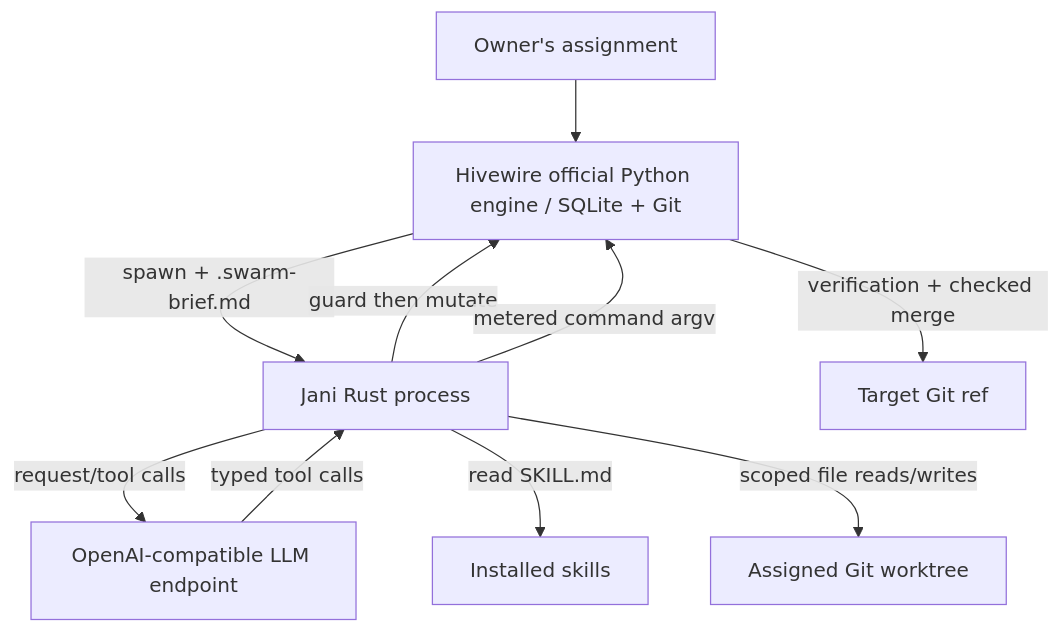
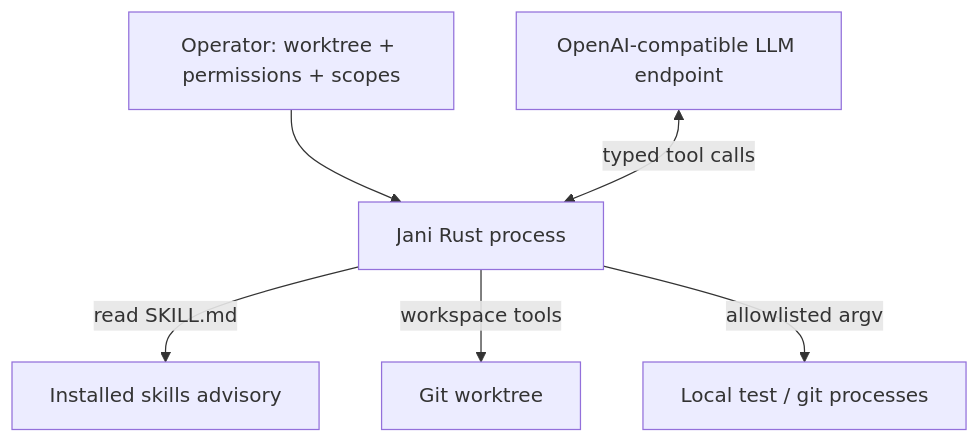
The diagram in docs/ARCHITECTURE.md (ifinsta/jani), drawn with Mermaid before and after one commit. The commit also changed other lines of this file and 16 other files, not shown here.

````diff
--- a/docs/ARCHITECTURE.md
+++ b/docs/ARCHITECTURE.md
@@ -3,12 +3,8 @@
 ```mermaid
 flowchart TB
-  Owner[Owner's assignment] --> Hivewire[Hivewire official Python engine / SQLite + Git]
-  Hivewire -->|spawn + .swarm-brief.md| Jani[Jani Rust process]
-  Jani -->|request/tool calls| Provider[OpenAI-compatible LLM endpoint]
-  Provider -->|typed tool calls| Jani
-  Jani -->|read SKILL.md| Skills[Installed skills]
-  Jani -->|guard then mutate| Hivewire
-  Jani -->|scoped file reads/writes| Worktree[Assigned Git worktree]
-  Jani -->|metered command argv| Hivewire
-  Hivewire -->|verification + checked merge| Git[Target Git ref]
+  Operator[Operator: worktree + permissions + scopes] --> Jani[Jani Rust process]
+  Provider[OpenAI-compatible LLM endpoint] <-->|typed tool calls| Jani
+  Jani -->|read SKILL.md| Skills[Installed skills advisory]
+  Jani -->|workspace tools| Worktree[Git worktree]
+  Jani -->|allowlisted argv| Local[Local test / git processes]
 ```
````
